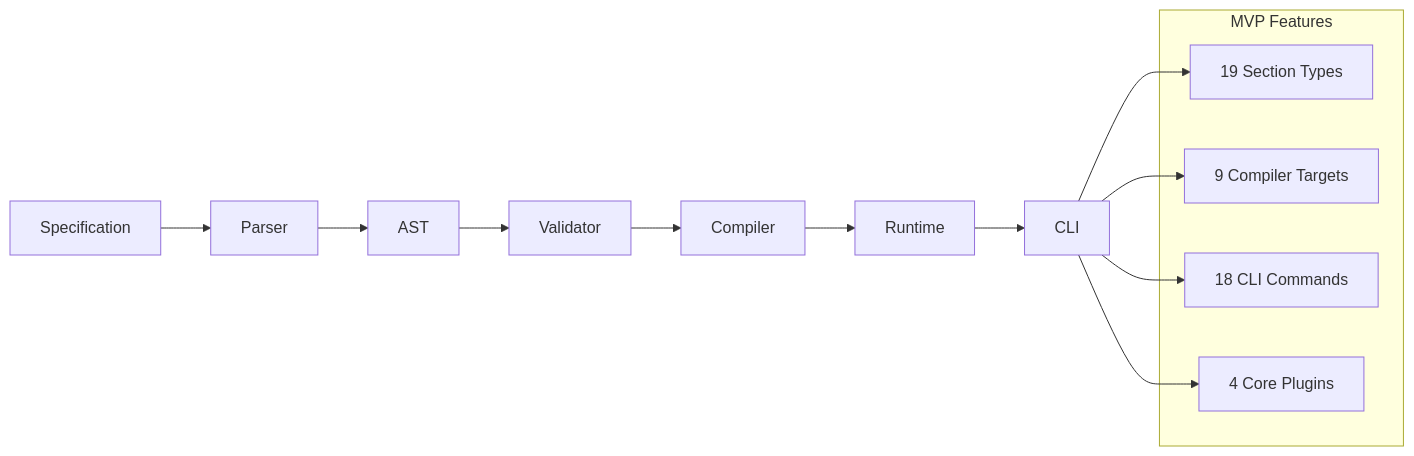
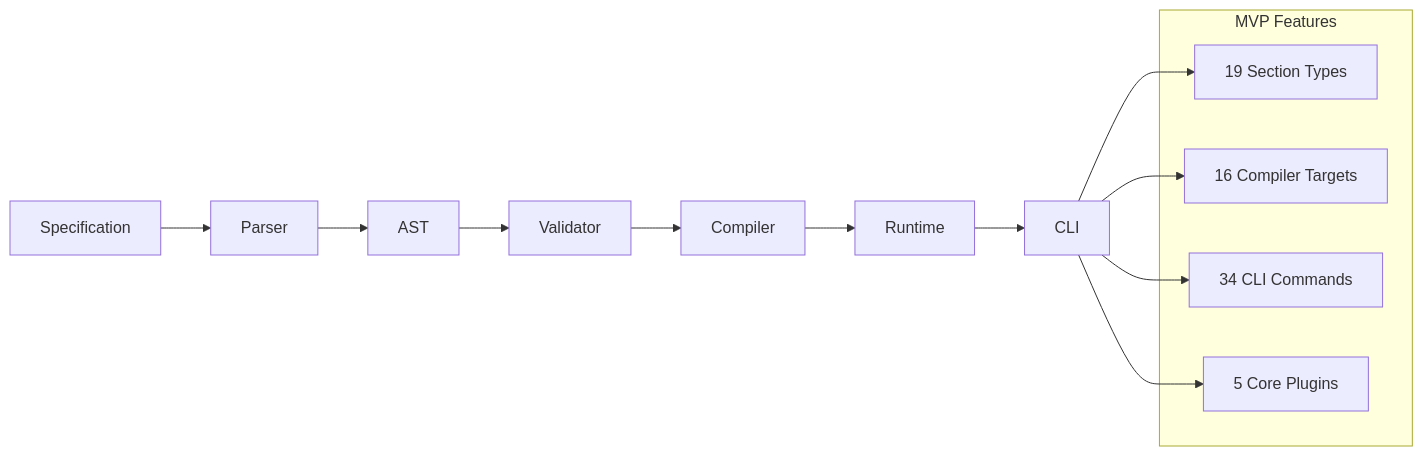
Before and after one commit to tcp-ecosystem/MAM: the fifth of 8 diagrams in goal.md, drawn with Mermaid. The commit also changed other lines of this file and 232 other files, not shown here.

````diff
--- a/goal.md
+++ b/goal.md
@@ -156,21 +156,21 @@
 ```mermaid
 graph LR
     A[Specification] --> B[Parser]
     B --> C[AST]
     C --> D[Validator]
     D --> E[Compiler]
     E --> F[Runtime]
     F --> G[CLI]
     
     subgraph "MVP Features"
         H[19 Section Types]
-        I[9 Compiler Targets]
-        J[18 CLI Commands]
-        K[4 Core Plugins]
+        I[16 Compiler Targets]
+        J[34 CLI Commands]
+        K[5 Core Plugins]
     end
     
     G --> H
     G --> I
     G --> J
     G --> K
 ```
````
